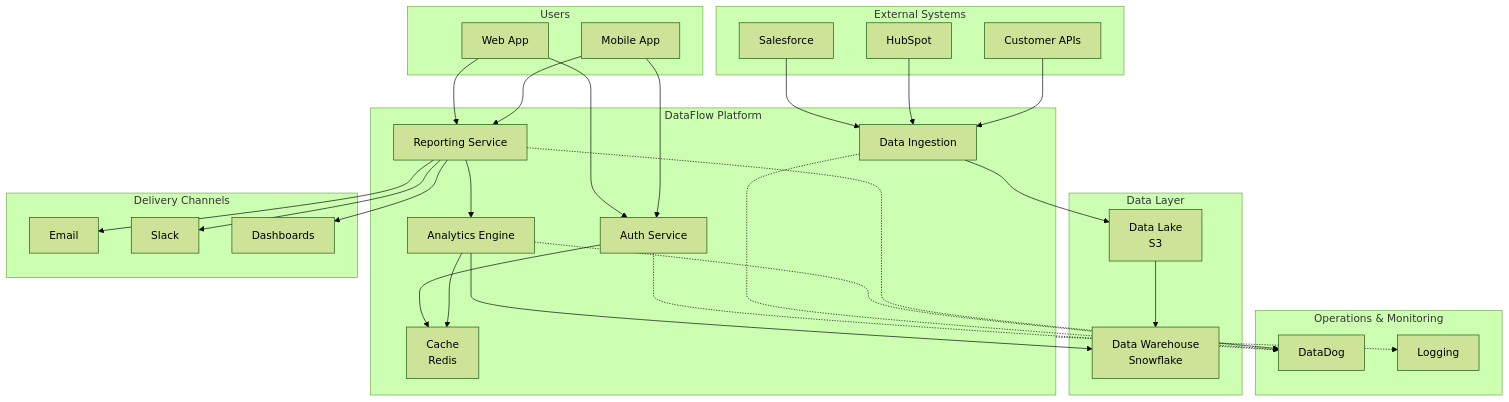
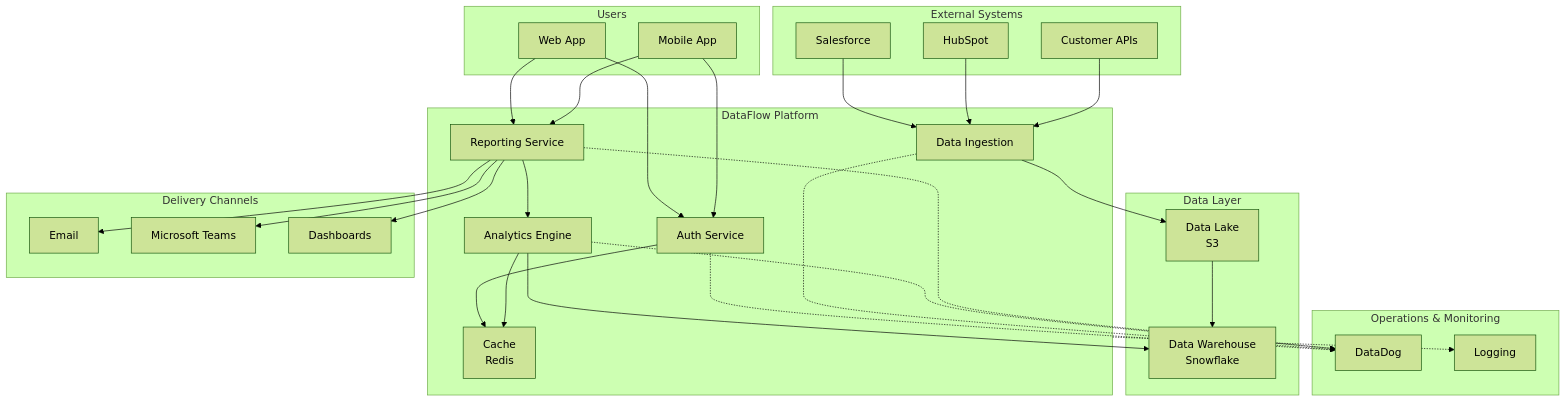
The diagram in skills/architecture-diagram/examples/microservices-system-context.md (jjuniper-dev/skills), drawn with Mermaid (forest theme) before and after one commit. The commit also changed other lines of this file and 5 other files, not shown here.

First line of the commit message:
Replace Slack integration with enterprise platforms (Teams, SharePoint, ServiceNow)

````diff
--- a/skills/architecture-diagram/examples/microservices-system-context.md
+++ b/skills/architecture-diagram/examples/microservices-system-context.md
@@ -18,65 +18,65 @@
 ```mermaid
 graph TB
     subgraph Users["Users"]
         WEB["Web App"]
         MOBILE["Mobile App"]
     end
     
     subgraph System["DataFlow Platform"]
         AUTH["Auth Service"]
         INGEST["Data Ingestion"]
         ANALYTICS["Analytics Engine"]
         REPORTING["Reporting Service"]
         CACHE["Cache<br/>Redis"]
     end
     
     subgraph Data["Data Layer"]
         LAKE["Data Lake<br/>S3"]
         DW["Data Warehouse<br/>Snowflake"]
     end
     
     subgraph External["External Systems"]
         SF["Salesforce"]
         HS["HubSpot"]
         CUSTOM["Customer APIs"]
     end
     
     subgraph Delivery["Delivery Channels"]
         EMAIL["Email"]
-        SLACK["Slack"]
+        TEAMS["Microsoft Teams"]
         DASHBOARD["Dashboards"]
     end
     
     subgraph Ops["Operations & Monitoring"]
         DD["DataDog"]
         LOGS["Logging"]
     end
     
     WEB --> AUTH
     MOBILE --> AUTH
     AUTH --> CACHE
     WEB --> REPORTING
     MOBILE --> REPORTING
     
     SF --> INGEST
     HS --> INGEST
     CUSTOM --> INGEST
     
     INGEST --> LAKE
     LAKE --> DW
     
     ANALYTICS --> DW
     ANALYTICS --> CACHE
     
     REPORTING --> ANALYTICS
     REPORTING --> EMAIL
-    REPORTING --> SLACK
+    REPORTING --> TEAMS
     REPORTING --> DASHBOARD
     
     AUTH -.-> DD
     INGEST -.-> DD
     ANALYTICS -.-> DD
     REPORTING -.-> DD
     
     System -.-> LOGS
 ```
````
